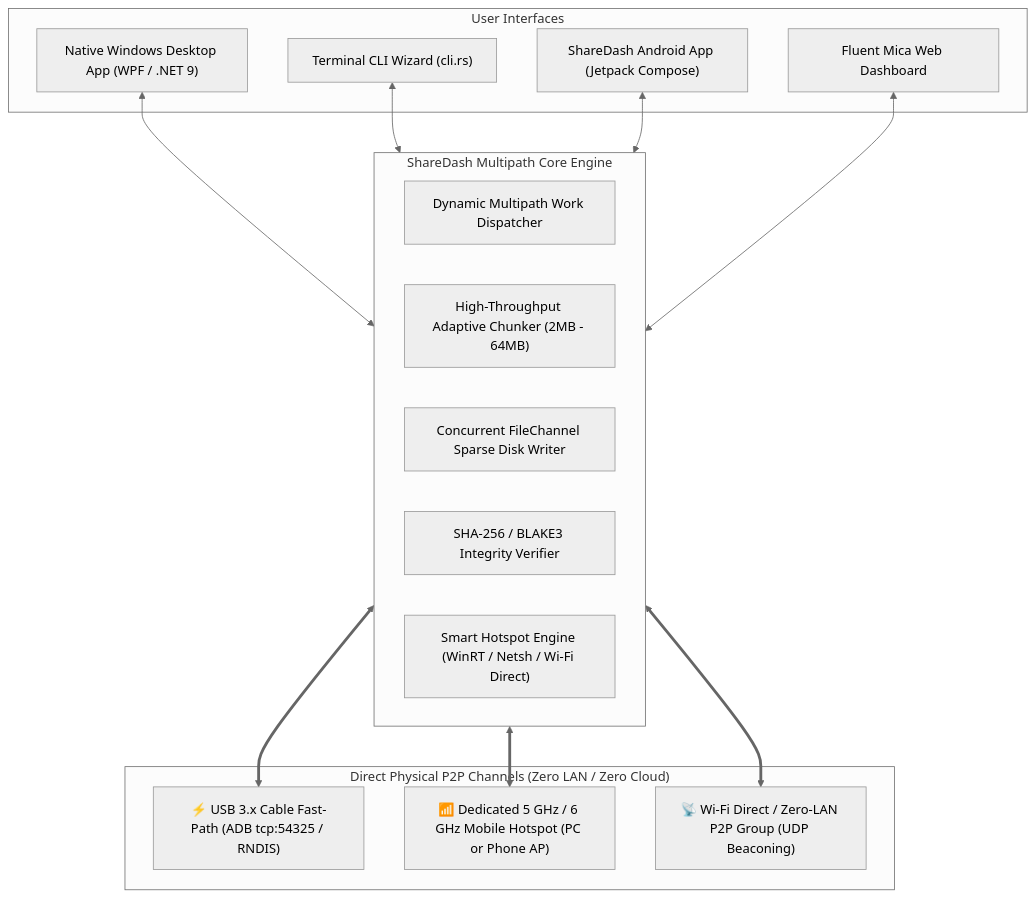
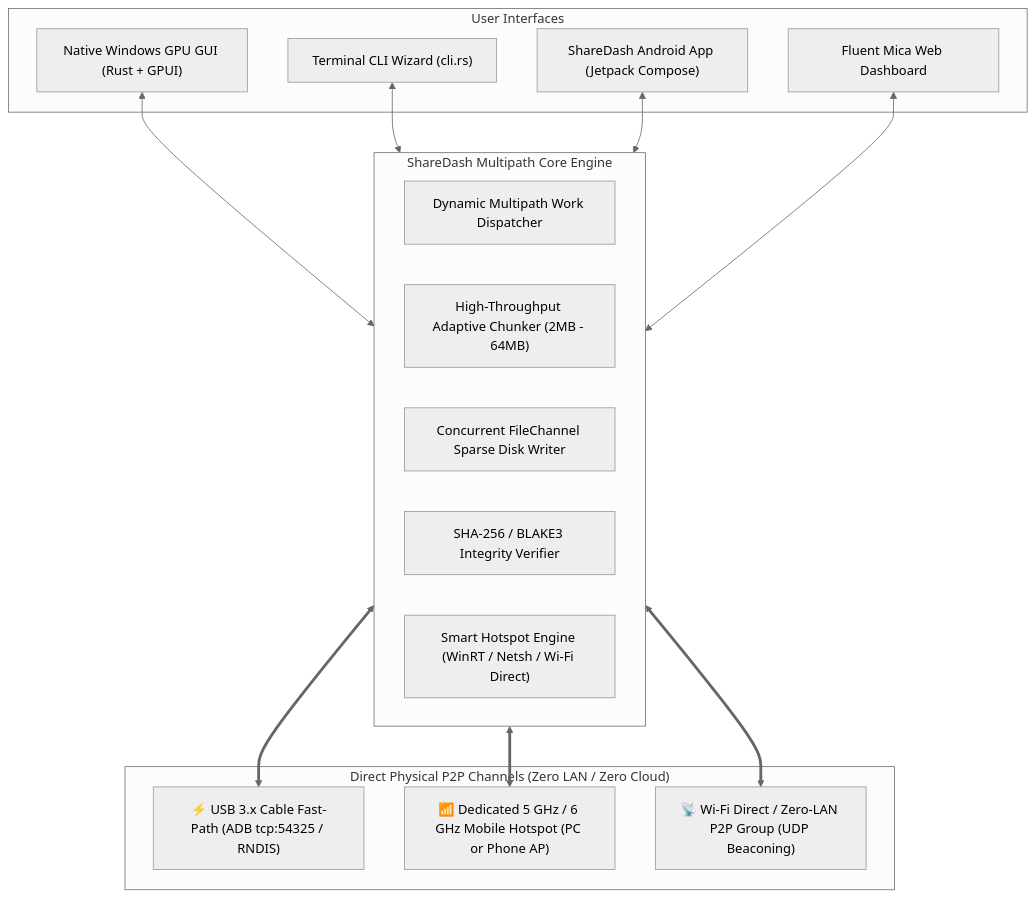
One commit to SamSunny4/ShareDash changed the diagram in README.md. Above: the diagram before and after it, drawn with Mermaid (neutral theme). The commit also changed other lines of this file and 8 other files, not shown here.

Commit message:
docs: update documentation and roadmap to reflect migration from WPF to native Rust GPUI desktop app

````diff
--- a/README.md
+++ b/README.md
@@ -41,32 +41,32 @@
 ```mermaid
 graph TD
     subgraph UI ["User Interfaces"]
-        WinUI["Native Windows Desktop App (WPF / .NET 9)"]
+        WinUI["Native Windows GPU GUI (Rust + GPUI)"]
         CLI["Terminal CLI Wizard (cli.rs)"]
         AndUI["ShareDash Android App (Jetpack Compose)"]
         WebPortal["Fluent Mica Web Dashboard"]
     end
 
     subgraph Core ["ShareDash Multipath Core Engine"]
         Sched["Dynamic Multipath Work Dispatcher"]
         Chunker["High-Throughput Adaptive Chunker (2MB - 64MB)"]
         Writer["Concurrent FileChannel Sparse Disk Writer"]
         Verif["SHA-256 / BLAKE3 Integrity Verifier"]
         HotspotMgr["Smart Hotspot Engine (WinRT / Netsh / Wi-Fi Direct)"]
     end
 
     subgraph Transports ["Direct Physical P2P Channels (Zero LAN / Zero Cloud)"]
         USB["⚡ USB 3.x Cable Fast-Path (ADB tcp:54325 / RNDIS)"]
         HOTSPOT["📶 Dedicated 5 GHz / 6 GHz Mobile Hotspot (PC or Phone AP)"]
         P2P["📡 Wi-Fi Direct / Zero-LAN P2P Group (UDP Beaconing)"]
     end
 
     WinUI <--> Core
     CLI <--> Core
     AndUI <--> Core
     WebPortal <--> Core
   
     Core <==> USB
     Core <==> HOTSPOT
     Core <==> P2P
 ```
````
